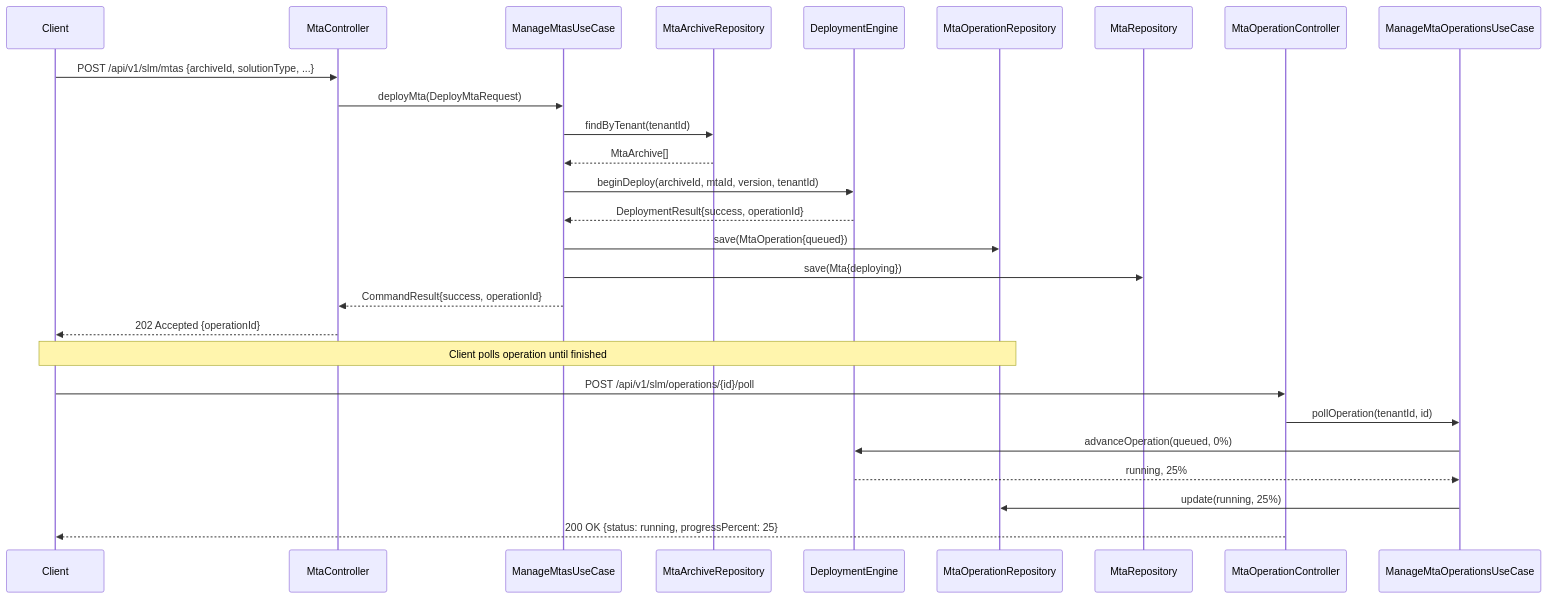
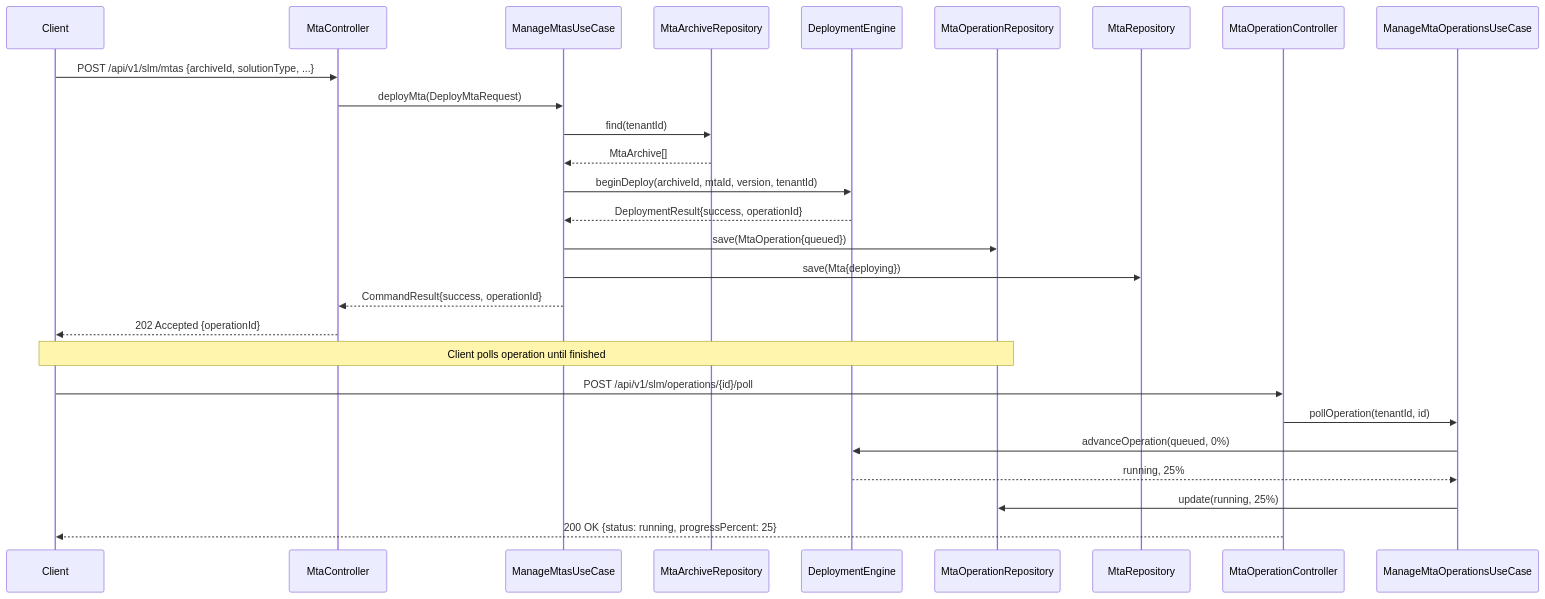
One commit to UIMSolutions/uim-platform changed the third of 7 diagrams in solution-lifecycle/UML.md. Above: the diagram before and after it, drawn with Mermaid. The commit also changed other lines of this file and 1025 other files, not shown here.

````diff
--- a/solution-lifecycle/UML.md
+++ b/solution-lifecycle/UML.md
@@ -200,29 +200,29 @@
 ```mermaid
 sequenceDiagram
     participant Client
     participant MtaController
     participant ManageMtasUseCase
     participant MtaArchiveRepository
     participant DeploymentEngine
     participant MtaOperationRepository
     participant MtaRepository
 
     Client->>MtaController: POST /api/v1/slm/mtas {archiveId, solutionType, ...}
     MtaController->>ManageMtasUseCase: deployMta(DeployMtaRequest)
-    ManageMtasUseCase->>MtaArchiveRepository: findByTenant(tenantId)
+    ManageMtasUseCase->>MtaArchiveRepository: find(tenantId)
     MtaArchiveRepository-->>ManageMtasUseCase: MtaArchive[]
     ManageMtasUseCase->>DeploymentEngine: beginDeploy(archiveId, mtaId, version, tenantId)
     DeploymentEngine-->>ManageMtasUseCase: DeploymentResult{success, operationId}
     ManageMtasUseCase->>MtaOperationRepository: save(MtaOperation{queued})
     ManageMtasUseCase->>MtaRepository: save(Mta{deploying})
     ManageMtasUseCase-->>MtaController: CommandResult{success, operationId}
     MtaController-->>Client: 202 Accepted {operationId}
 
     Note over Client,MtaOperationRepository: Client polls operation until finished
     Client->>MtaOperationController: POST /api/v1/slm/operations/{id}/poll
     MtaOperationController->>ManageMtaOperationsUseCase: pollOperation(tenantId, id)
     ManageMtaOperationsUseCase->>DeploymentEngine: advanceOperation(queued, 0%)
     DeploymentEngine-->>ManageMtaOperationsUseCase: running, 25%
     ManageMtaOperationsUseCase->>MtaOperationRepository: update(running, 25%)
     MtaOperationController-->>Client: 200 OK {status: running, progressPercent: 25}
 ```
````
